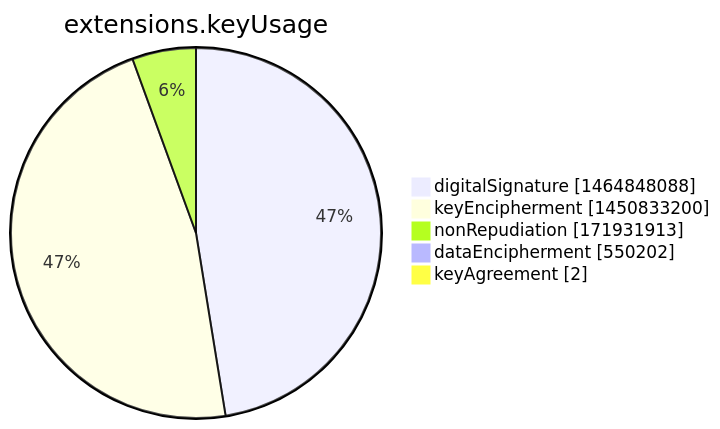
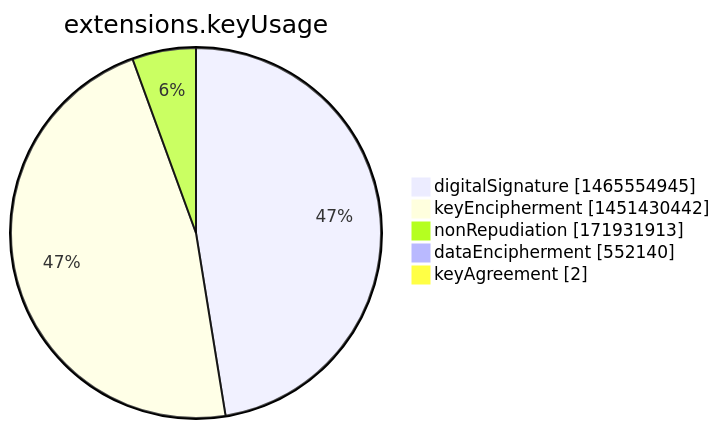
One commit to christiankrug/ctmonitor_visualization changed the seventh of 15 diagrams in argon2022/README.md. Above: the diagram before and after it, drawn with Mermaid. The commit also changed other lines of this file, not shown here.

````diff
--- a/argon2022/README.md
+++ b/argon2022/README.md
@@ -2751,9 +2751,9 @@
 ```mermaid
 pie showData
 title extensions.keyUsage
-"digitalSignature" :1464848088
-"keyEncipherment" :1450833200
+"digitalSignature" :1465554945
+"keyEncipherment" :1451430442
 "nonRepudiation" :171931913
-"dataEncipherment" :550202
+"dataEncipherment" :552140
 "keyAgreement" :2
 ```
````
